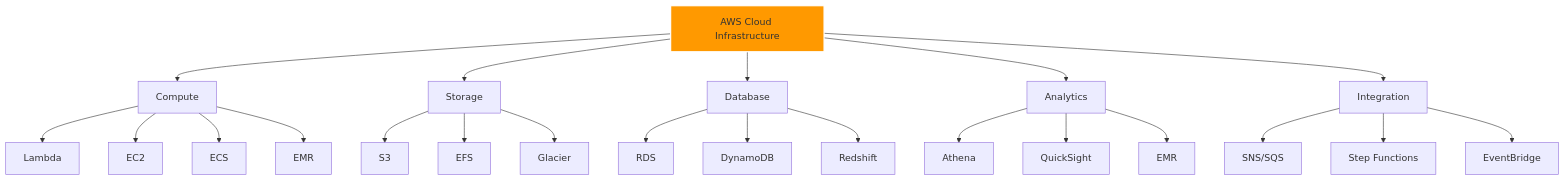
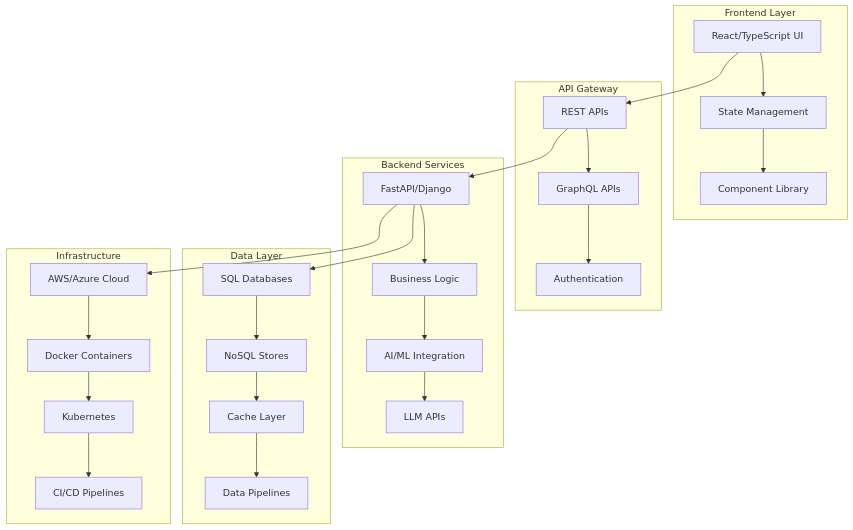
Before and after one commit to laharikarrotu/lahariKarrotu: the diagram in README.md, drawn with Mermaid. The commit also changed other lines of this file, not shown here.

````diff
--- a/README.md
+++ b/README.md
@@ -64,31 +68,35 @@
 ```mermaid
-graph TD
-    A[AWS Cloud Infrastructure] --> B[Compute]
-    A --> C[Storage]
-    A --> D[Database]
-    A --> E[Analytics]
-    A --> F[Integration]
+graph TB
+    subgraph "Frontend Layer"
+        A[React/TypeScript UI] --> B[State Management]
+        B --> C[Component Library]
+    end
     
-    B --> B1[Lambda]
-    B --> B2[EC2]
-    B --> B3[ECS]
-    B --> B4[EMR]
+    subgraph "API Gateway"
+        D[REST APIs] --> E[GraphQL APIs]
+        E --> F[Authentication]
+    end
     
-    C --> C1[S3]
-    C --> C2[EFS]
-    C --> C3[Glacier]
+    subgraph "Backend Services"
+        G[FastAPI/Django] --> H[Business Logic]
+        H --> I[AI/ML Integration]
+        I --> J[LLM APIs]
+    end
     
-    D --> D1[RDS]
-    D --> D2[DynamoDB]
-    D --> D3[Redshift]
+    subgraph "Data Layer"
+        K[SQL Databases] --> L[NoSQL Stores]
+        L --> M[Cache Layer]
+        M --> N[Data Pipelines]
+    end
     
-    E --> E1[Athena]
-    E --> E2[QuickSight]
-    E --> E3[EMR]
+    subgraph "Infrastructure"
+        O[AWS/Azure Cloud] --> P[Docker Containers]
+        P --> Q[Kubernetes]
+        Q --> R[CI/CD Pipelines]
+    end
     
-    F --> F1[SNS/SQS]
-    F --> F2[Step Functions]
-    F --> F3[EventBridge]
-
-    style A fill:#ff9900,stroke:#fff,stroke-width:2px
+    A --> D
+    D --> G
+    G --> K
+    G --> O
 ```
````
